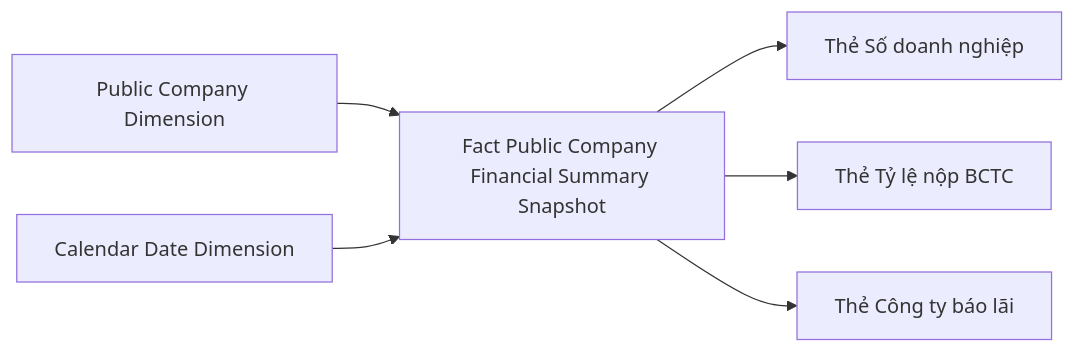
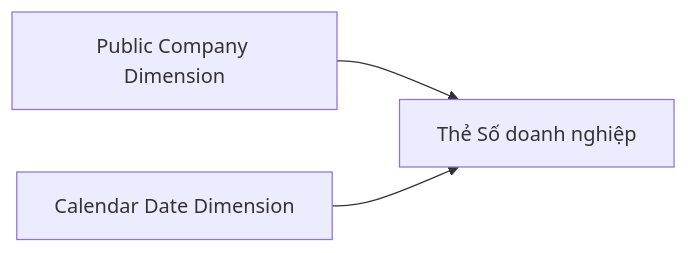
Diagram 12 of 21 in Datamart/hld/DTM_GSDC_HLD.md (linhlvit/ubck_atomic_design), drawn with Mermaid before and after one commit. The commit also changed other lines of this file and 19 other files, not shown here.

````diff
--- a/Datamart/hld/DTM_GSDC_HLD.md
+++ b/Datamart/hld/DTM_GSDC_HLD.md
@@ -608,8 +587,5 @@
 ```mermaid
 flowchart LR
-    fct_public_company_financial_summary_snpst["Fact Public Company Financial Summary Snapshot"] --> R1["Thẻ Số doanh nghiệp"]
-    fct_public_company_financial_summary_snpst --> R2["Thẻ Tỷ lệ nộp BCTC"]
-    fct_public_company_financial_summary_snpst --> R3["Thẻ Công ty báo lãi"]
-    public_company_dim["Public Company Dimension"] --> fct_public_company_financial_summary_snpst
-    cdr_dt_dim["Calendar Date Dimension"] --> fct_public_company_financial_summary_snpst
+    public_company_dim["Public Company Dimension"] --> R1["Thẻ Số doanh nghiệp"]
+    cdr_dt_dim["Calendar Date Dimension"] --> R1
 ```
````
